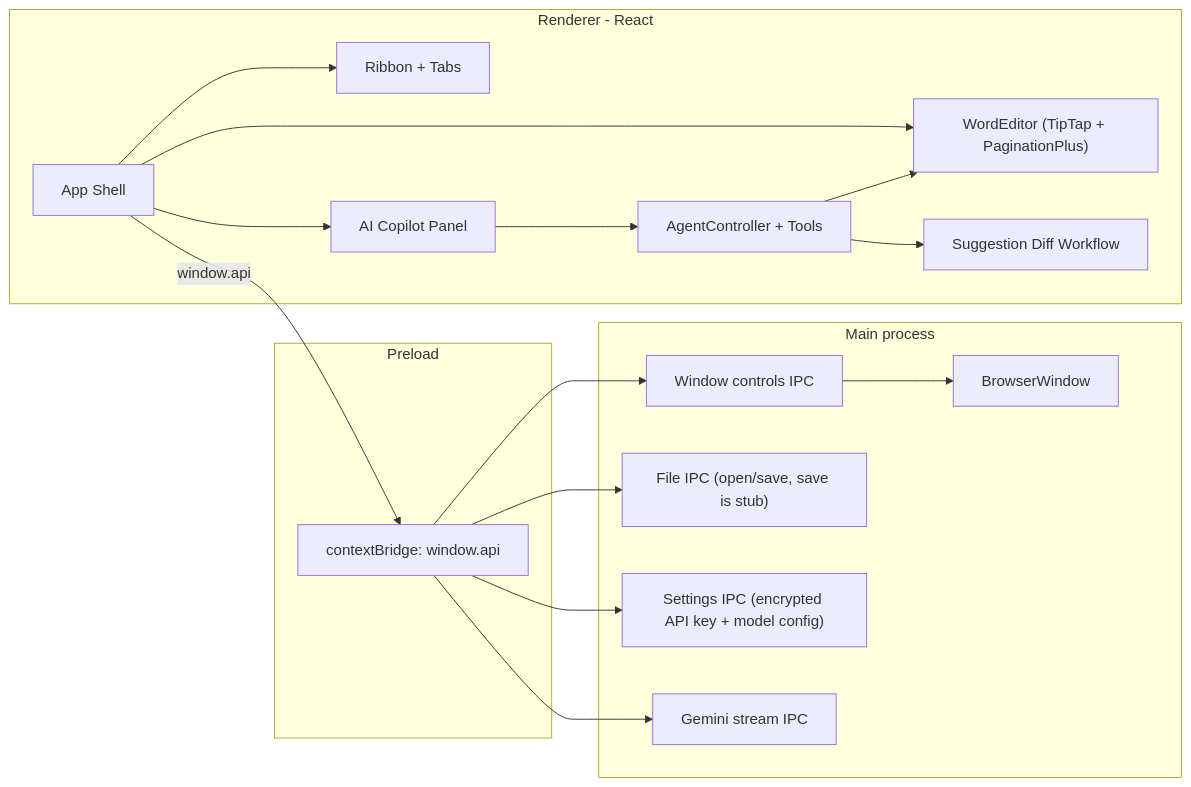
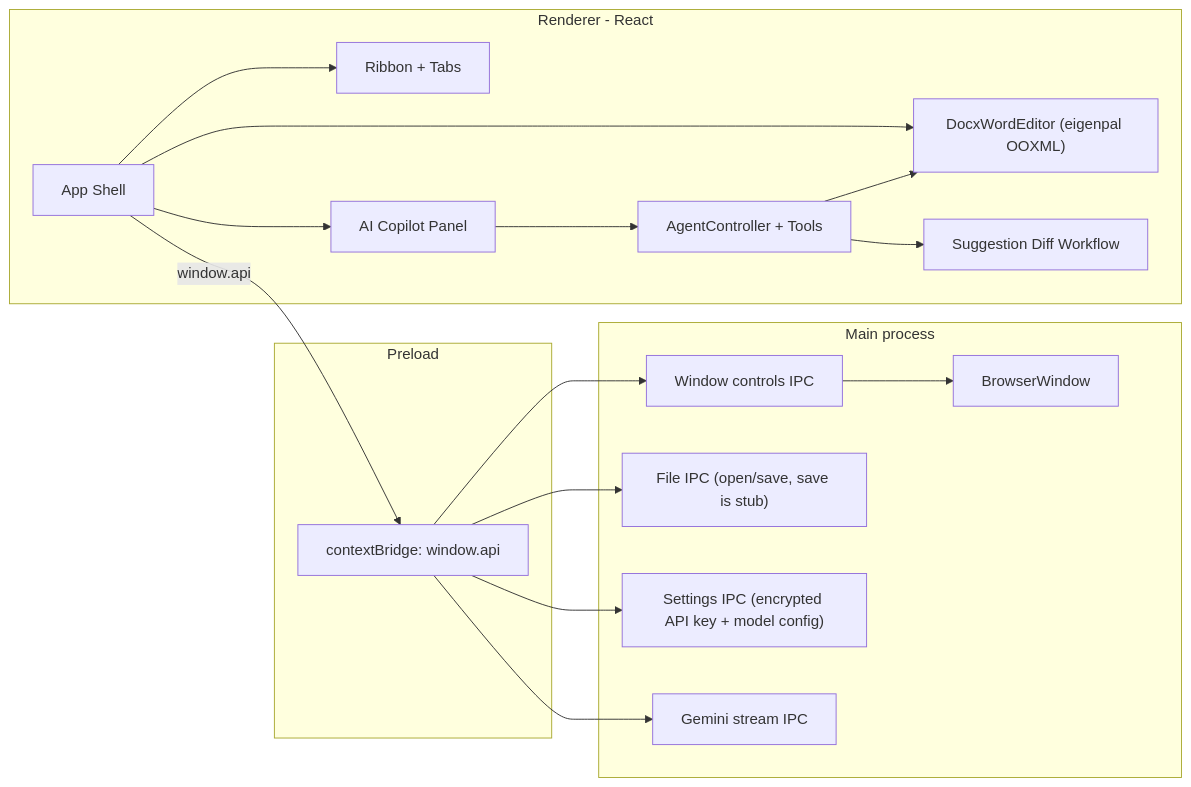
Before and after one commit to abhisekh5536/NERD: the diagram in README.md, drawn with Mermaid. The commit also changed other lines of this file and 63 other files, not shown here.

````diff
--- a/README.md
+++ b/README.md
@@ -65,36 +66,36 @@
 ```mermaid
 flowchart LR
   subgraph mainProc [Main process]
     Win["BrowserWindow"]
     WinIpc["Window controls IPC"]
     FileIpc["File IPC (open/save, save is stub)"]
     SettingsIpc["Settings IPC (encrypted API key + model config)"]
     AiIpc["Gemini stream IPC"]
   end
 
   subgraph preloadProc [Preload]
     Bridge["contextBridge: window.api"]
   end
 
   subgraph rendererProc [Renderer - React]
     App[App Shell]
     Ribbon[Ribbon + Tabs]
-    Editor["WordEditor (TipTap + PaginationPlus)"]
+    Editor["DocxWordEditor (eigenpal OOXML)"]
     Agent["AgentController + Tools"]
     Diff["Suggestion Diff Workflow"]
     Panel["AI Copilot Panel"]
   end
 
   App --> Ribbon
   App --> Editor
   App --> Panel
   Panel --> Agent
   Agent --> Diff
   Agent --> Editor
   App -->|"window.api"| Bridge
   Bridge --> WinIpc
   Bridge --> FileIpc
   Bridge --> SettingsIpc
   Bridge --> AiIpc
   WinIpc --> Win
 ```
````
